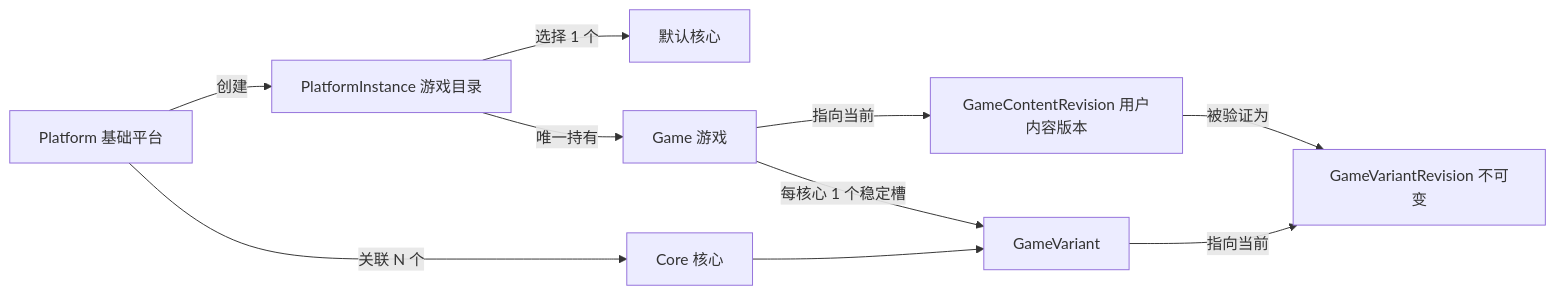
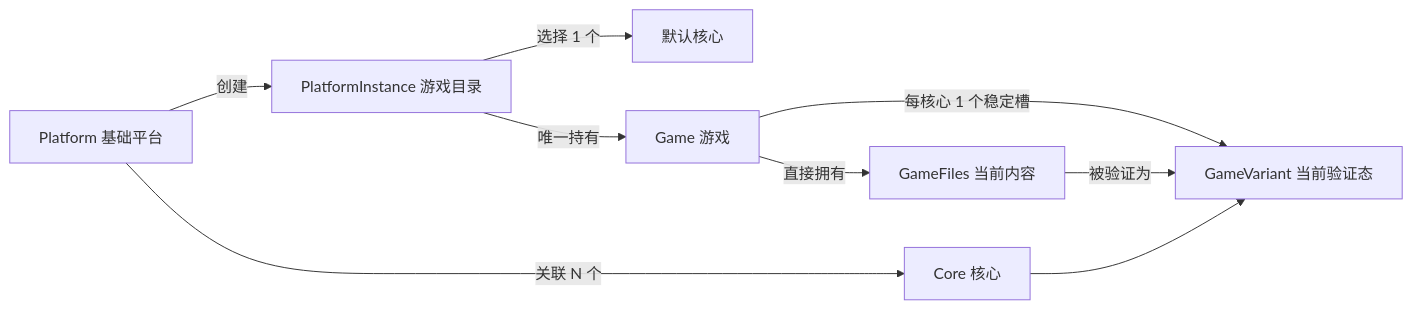
Before and after one commit to retrom-project/retrom: the first of 4 diagrams in docs/retrom-product-architecture.md, drawn with Mermaid. The commit also changed other lines of this file and 795 other files, not shown here.

First line of the commit message:
refactor: unify Runtime Providers and simplify host launch architecture (#19)

```diff
--- a/docs/retrom-product-architecture.md
+++ b/docs/retrom-product-architecture.md
@@ -75,12 +75,11 @@
 ~~~mermaid
 flowchart LR
     P["Platform 基础平台"] -->|创建| PI["PlatformInstance 游戏目录"]
     P -->|关联 N 个| C["Core 核心"]
     PI -->|选择 1 个| DC["默认核心"]
     PI -->|唯一持有| G["Game 游戏"]
-    G -->|指向当前| CR["GameContentRevision 用户内容版本"]
-    G -->|每核心 1 个稳定槽| V["GameVariant"]
-    V -->|指向当前| VR["GameVariantRevision 不可变"]
-    CR -->|被验证为| VR
+    G -->|直接拥有| GF["GameFiles 当前内容"]
+    G -->|每核心 1 个稳定槽| V["GameVariant 当前验证态"]
+    GF -->|被验证为| V
     C --> V
 ~~~
```
